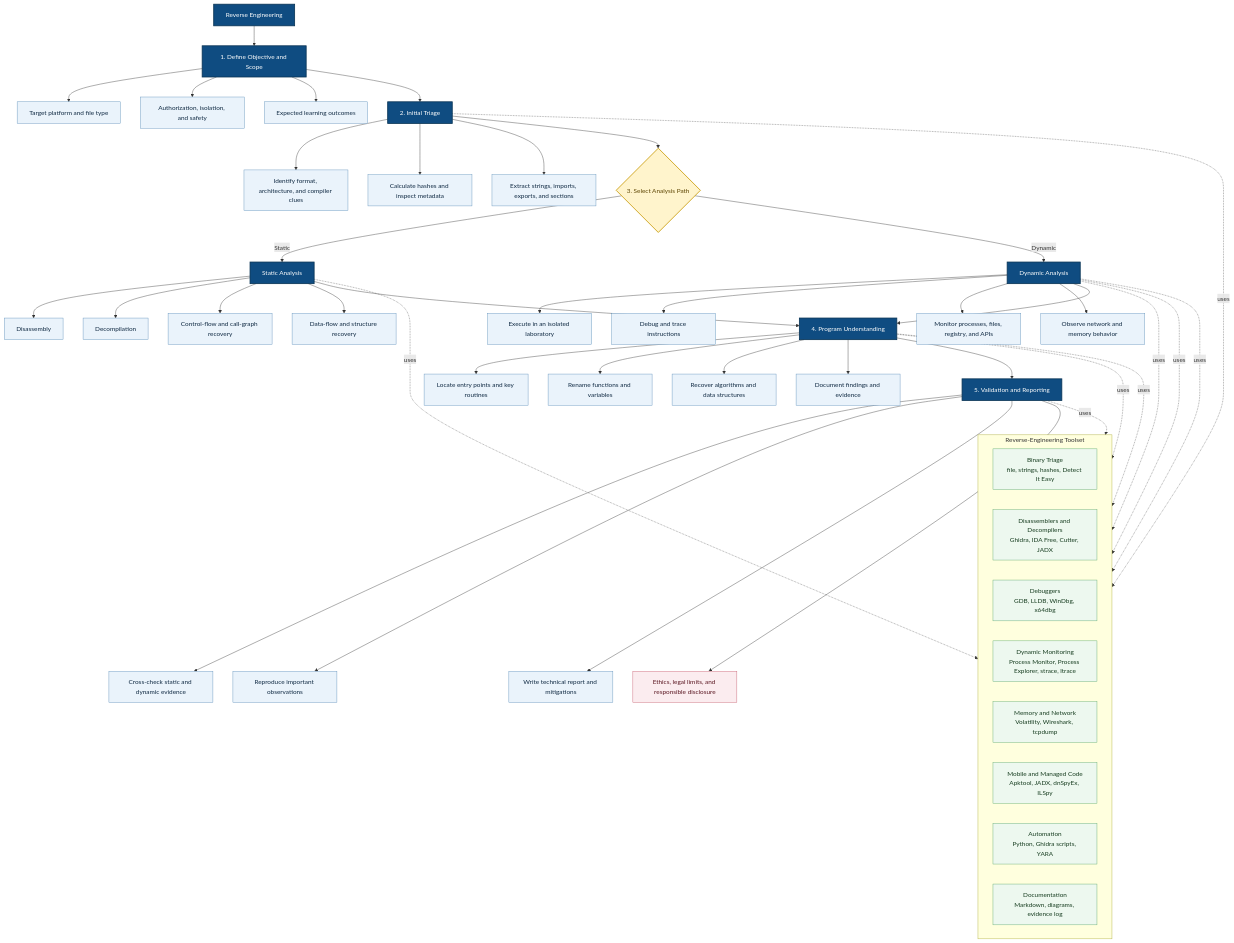
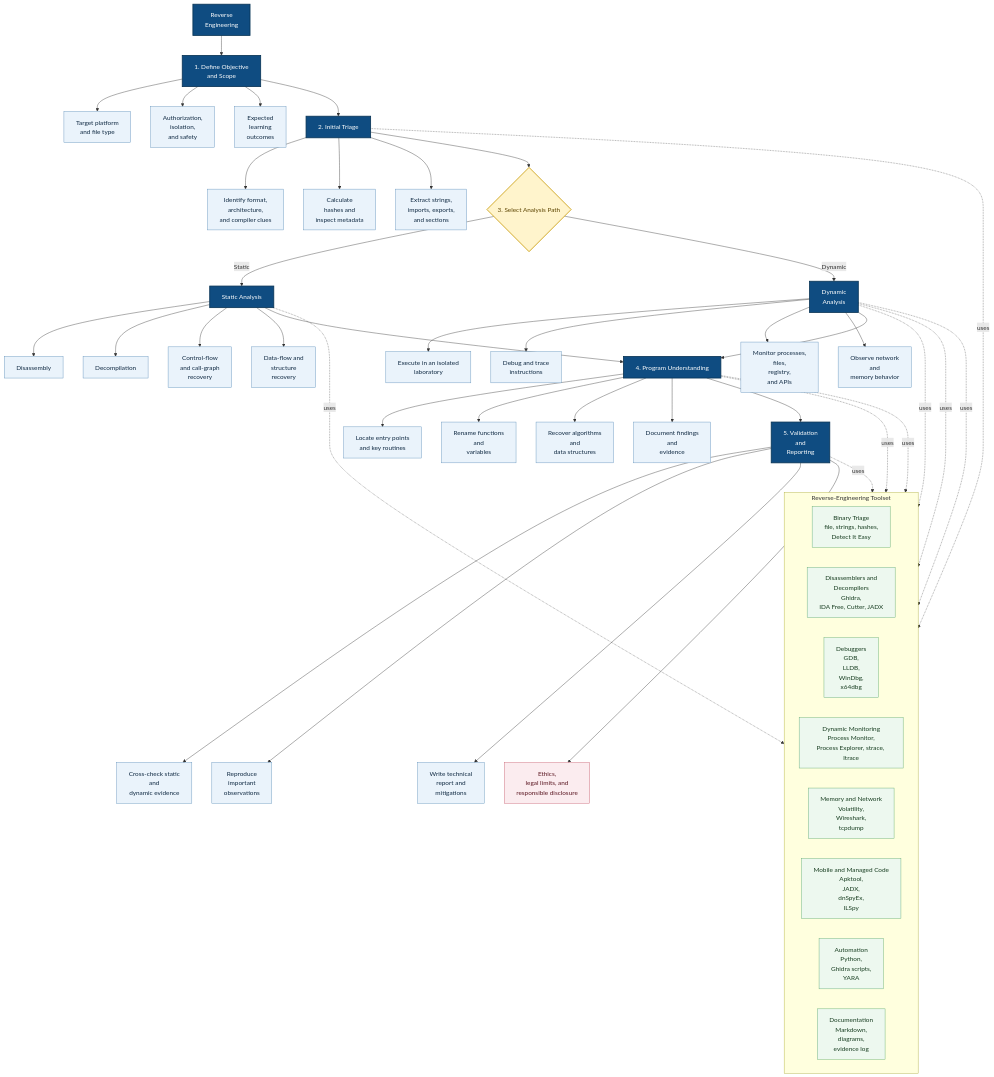
One commit to cybersecurity-dev/awesome-reverse-engineering-resources changed the diagram in README.md. Above: the diagram before and after it, drawn with Mermaid. The commit also changed other lines of this file, not shown here.

Commit message:
++added new links

````diff
--- a/README.md
+++ b/README.md
@@ -3,72 +3,72 @@
 ```mermaid
 flowchart TB
-    A[Reverse Engineering] --> B[1. Define Objective and Scope]
-    B --> B1[Target platform and file type]
-    B --> B2[Authorization, isolation, and safety]
-    B --> B3[Expected learning outcomes]
+    A[Reverse<br/>Engineering] --> B[1. Define Objective<br/>and Scope]
+    B --> B1[Target platform<br/>and file type]
+    B --> B2[Authorization,<br/>isolation,<br/>and safety]
+    B --> B3[Expected<br/>learning<br/>outcomes]
 
     B --> C[2. Initial Triage]
-    C --> C1[Identify format, architecture, and compiler clues]
-    C --> C2[Calculate hashes and inspect metadata]
-    C --> C3[Extract strings, imports, exports, and sections]
+    C --> C1[Identify format,<br/>architecture,<br/>and compiler clues]
+    C --> C2[Calculate<br/>hashes and<br/>inspect metadata]
+    C --> C3[Extract strings,<br/>imports, exports,<br/>and sections]
 
     C --> D{3. Select Analysis Path}
 
     D -->|Static| E[Static Analysis]
     E --> E1[Disassembly]
     E --> E2[Decompilation]
-    E --> E3[Control-flow and call-graph recovery]
-    E --> E4[Data-flow and structure recovery]
+    E --> E3[Control-flow<br/>and call-graph<br/>recovery]
+    E --> E4[Data-flow and<br/>structure<br/>recovery]
 
-    D -->|Dynamic| F[Dynamic Analysis]
-    F --> F1[Execute in an isolated laboratory]
-    F --> F2[Debug and trace instructions]
-    F --> F3[Monitor processes, files, registry, and APIs]
-    F --> F4[Observe network and memory behavior]
+    D -->|Dynamic| F[Dynamic<br/>Analysis]
+    F --> F1[Execute in an isolated<br/>laboratory]
+    F --> F2[Debug and trace<br/>instructions]
+    F --> F3[Monitor processes,<br/>files,<br/>registry,<br/>and APIs]
+    F --> F4[Observe network<br/>and<br/>memory behavior]
 
     E --> G[4. Program Understanding]
     F --> G
-    G --> G1[Locate entry points and key routines]
-    G --> G2[Rename functions and variables]
-    G --> G3[Recover algorithms and data structures]
-    G --> G4[Document findings and evidence]
+    G --> G1[Locate entry points<br/>and key routines]
+    G --> G2[Rename functions<br/>and<br/>variables]
+    G --> G3[Recover algorithms<br/>and<br/>data structures]
+    G --> G4[Document findings<br/>and<br/>evidence]
 
-    G --> H[5. Validation and Reporting]
-    H --> H1[Cross-check static and dynamic evidence]
-    H --> H2[Reproduce important observations]
-    H --> H3[Write technical report and mitigations]
-    H --> H4[Ethics, legal limits, and responsible disclosure]
+    G --> H[5. Validation<br/>and<br/>Reporting]
+    H --> H1[Cross-check static<br/>and<br/>dynamic evidence]
+    H --> H2[Reproduce<br/>important<br/>observations]
+    H --> H3[Write technical<br/>report and<br/>mitigations]
+    H --> H4[Ethics,<br/>legal limits, and<br/>responsible disclosure]
 
     subgraph T[Reverse-Engineering Toolset]
       direction LR
-      T1["Binary Triage<br/>file, strings, hashes, Detect It Easy"]
-      T2["Disassemblers and Decompilers<br/>Ghidra, IDA Free, Cutter, JADX"]
-      T3["Debuggers<br/>GDB, LLDB, WinDbg, x64dbg"]
-      T4["Dynamic Monitoring<br/>Process Monitor, Process Explorer, strace, ltrace"]
-      T5["Memory and Network<br/>Volatility, Wireshark, tcpdump"]
-      T6["Mobile and Managed Code<br/>Apktool, JADX, dnSpyEx, ILSpy"]
-      T7["Automation<br/>Python, Ghidra scripts, YARA"]
-      T8["Documentation<br/>Markdown, diagrams, evidence log"]
+      T1["Binary Triage<br/>file, strings, hashes,<br/>Detect It Easy"]
+      T2["Disassemblers and<br/>Decompilers<br/>Ghidra,<br/>IDA Free, Cutter, JADX"]
+      T3["Debuggers<br/>GDB,<br/>LLDB,<br/>WinDbg,<br/>x64dbg"]
+      T4["Dynamic Monitoring<br/>Process Monitor,<br/>Process Explorer, strace, ltrace"]
+      T5["Memory and Network<br/>Volatility,<br/>Wireshark,<br/>tcpdump"]
+      T6["Mobile and Managed Code<br/>Apktool,<br/>JADX,<br/>dnSpyEx,<br/>ILSpy"]
+      T7["Automation<br/>Python,<br/>Ghidra scripts,<br/>YARA"]
+      T8["Documentation<br/>Markdown,<br/>diagrams,<br/>evidence log"]
     end
 
     E -. uses .-> T2
     F -. uses .-> T3
     F -. uses .-> T4
     F -. uses .-> T5
     C -. uses .-> T1
     G -. uses .-> T6
     G -. uses .-> T7
     H -. uses .-> T8
 
     classDef phase fill:#0f4c81,color:#fff,stroke:#083354,stroke-width:2px;
     classDef activity fill:#eaf3fb,color:#102a43,stroke:#5b8db8;
     classDef decision fill:#fff4cc,color:#5c4400,stroke:#c79800,stroke-width:2px;
     classDef tool fill:#edf8ef,color:#173d20,stroke:#58a66a;
     classDef governance fill:#fbecef,color:#5b1722,stroke:#c65b6d;
 
     class A,B,C,E,F,G,H phase;
     class D decision;
     class B1,B2,B3,C1,C2,C3,E1,E2,E3,E4,F1,F2,F3,F4,G1,G2,G3,G4,H1,H2,H3 activity;
     class H4 governance;
     class T1,T2,T3,T4,T5,T6,T7,T8 tool;
 ```
````
